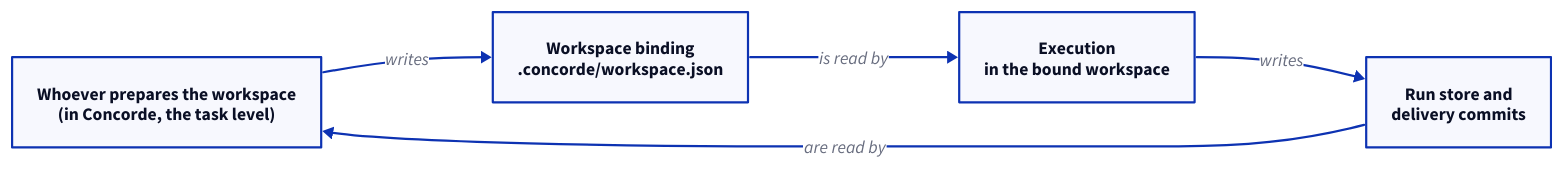
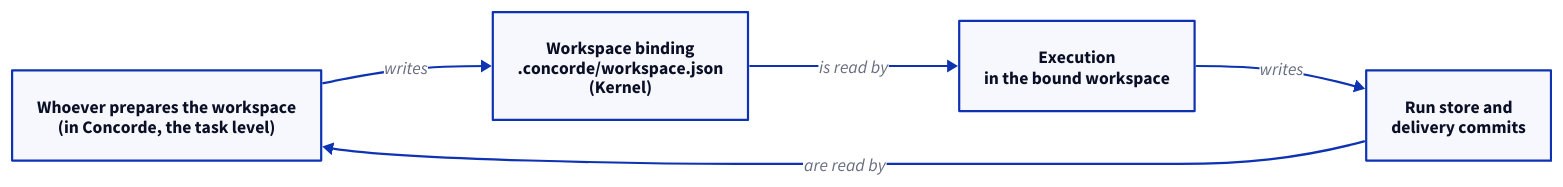
Before and after one commit to FTOD/concorde: the first of 4 diagrams in specs/concorde/execution/module.md, drawn with D2. The commit also changed other lines of this file and 109 other files, not shown here.

````diff
--- a/specs/concorde/execution/module.md
+++ b/specs/concorde/execution/module.md
@@ -204,11 +188,11 @@
 ```d2 illustrative
 direction: right
 preparer: "Whoever prepares the workspace\n(in Concorde, the task level)"
-binding: "Workspace binding\n.concorde/workspace.json"
+binding: "Workspace binding\n.concorde/workspace.json\n(Kernel)"
 execution: "Execution\nin the bound workspace"
 records: "Run store and\ndelivery commits"
 preparer -> binding: writes
 binding -> execution: is read by
 execution -> records: writes
 records -> preparer: are read by
 ```
````
